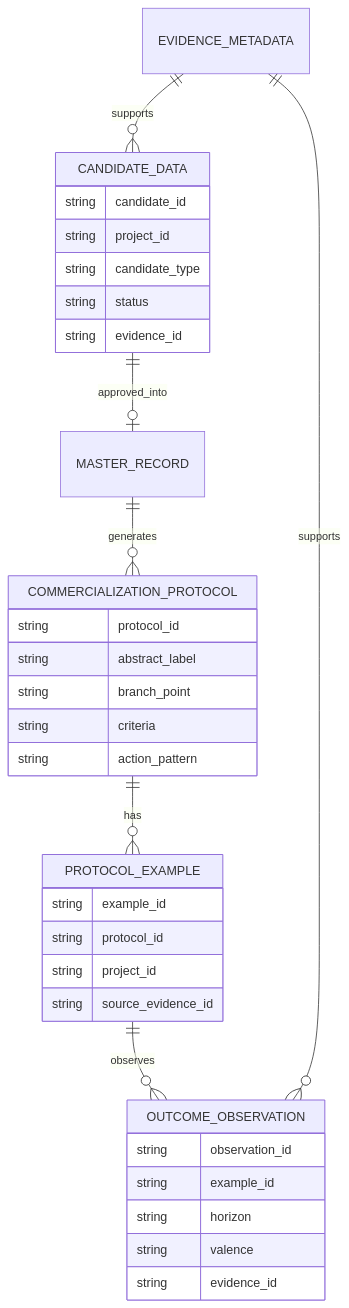
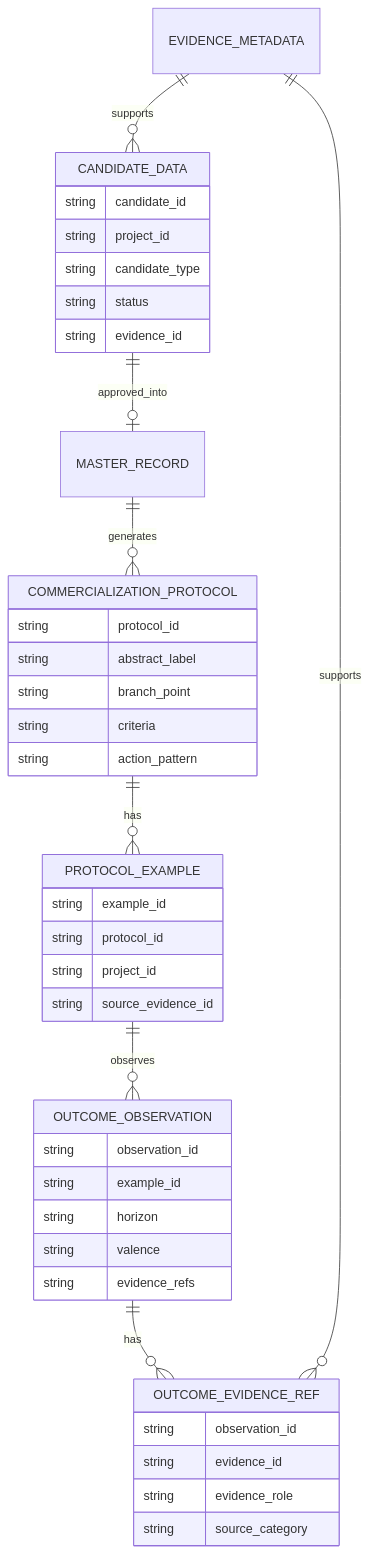
Before and after one commit to masa-teamarmada/amd-os: the fourth of 8 diagrams in docs/ip/2026-06-01_patent_application_draft_internal.md, drawn with Mermaid. The commit also changed other lines of this file and 1 other file, not shown here.

````diff
--- a/docs/ip/2026-06-01_patent_application_draft_internal.md
+++ b/docs/ip/2026-06-01_patent_application_draft_internal.md
@@ -166,37 +167,44 @@
 ```mermaid
 erDiagram
   MASTER_RECORD ||--o{ COMMERCIALIZATION_PROTOCOL : generates
   COMMERCIALIZATION_PROTOCOL ||--o{ PROTOCOL_EXAMPLE : has
   PROTOCOL_EXAMPLE ||--o{ OUTCOME_OBSERVATION : observes
+  OUTCOME_OBSERVATION ||--o{ OUTCOME_EVIDENCE_REF : has
+  EVIDENCE_METADATA ||--o{ OUTCOME_EVIDENCE_REF : supports
   EVIDENCE_METADATA ||--o{ CANDIDATE_DATA : supports
   CANDIDATE_DATA ||--o| MASTER_RECORD : approved_into
-  EVIDENCE_METADATA ||--o{ OUTCOME_OBSERVATION : supports
 
   CANDIDATE_DATA {
     string candidate_id
     string project_id
     string candidate_type
     string status
     string evidence_id
   }
   COMMERCIALIZATION_PROTOCOL {
     string protocol_id
     string abstract_label
     string branch_point
     string criteria
     string action_pattern
   }
   PROTOCOL_EXAMPLE {
     string example_id
     string protocol_id
     string project_id
     string source_evidence_id
   }
   OUTCOME_OBSERVATION {
     string observation_id
     string example_id
     string horizon
     string valence
+    string evidence_refs
+  }
+  OUTCOME_EVIDENCE_REF {
+    string observation_id
     string evidence_id
+    string evidence_role
+    string source_category
   }
 ```
````
